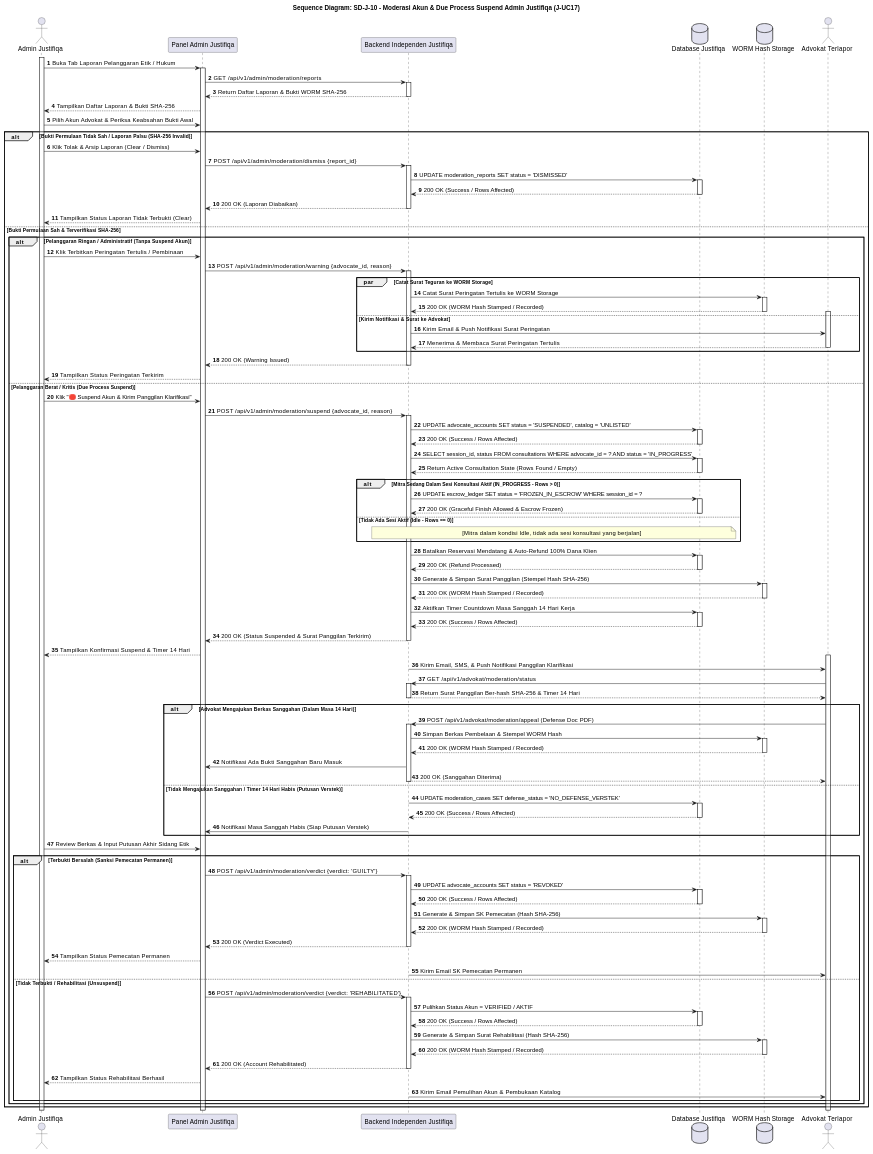
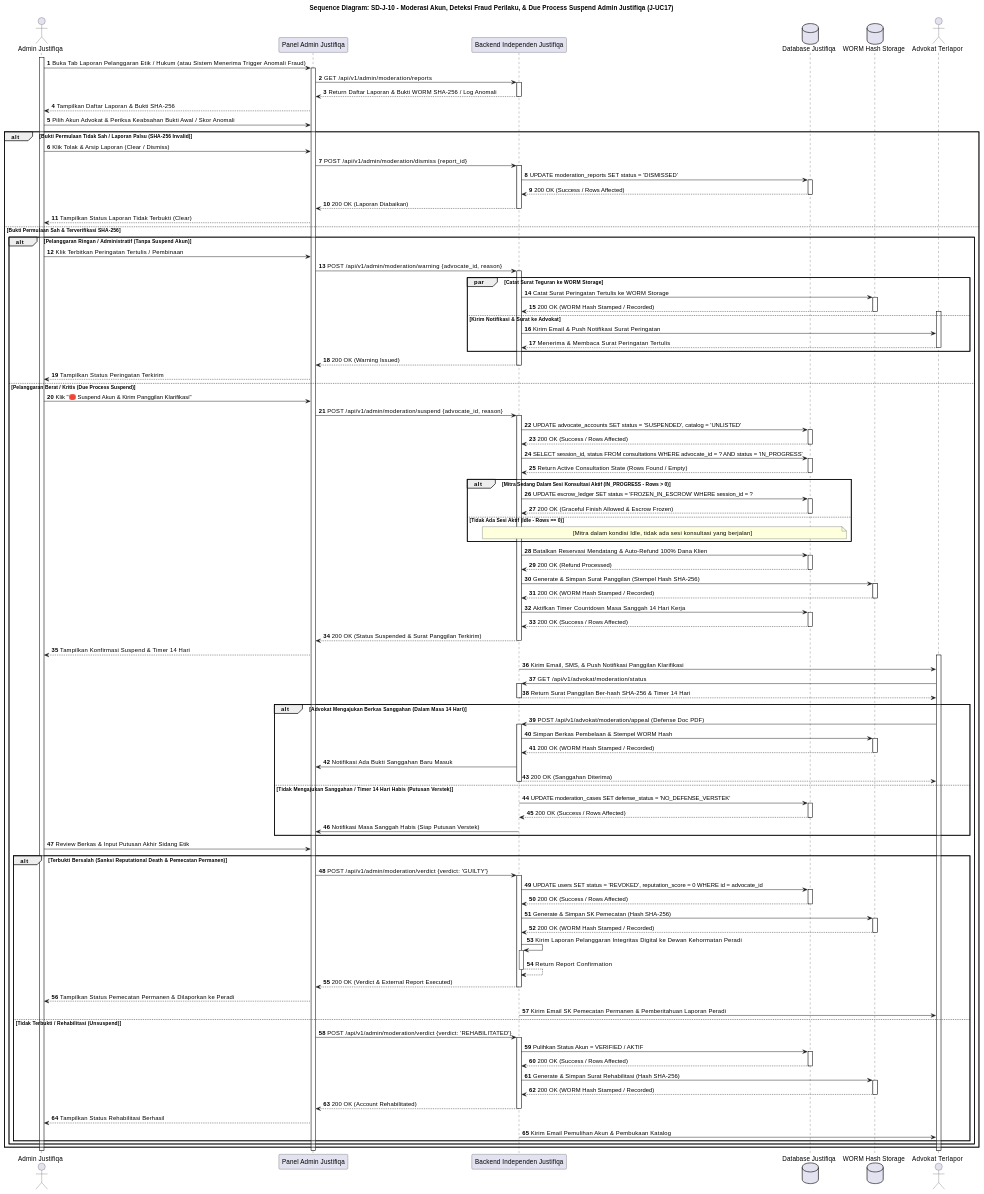
The tenth of 28 diagrams in MarkDown/plantuml_sequence_diagrams.md (tupperwureism/SuperApp-Gagal), drawn with PlantUML before and after one commit. The commit also changed other lines of this file and 1 other file, not shown here.

Commit message:
docs(uml): integrate Asynchronous Deliverable Thread, 3-Layer Profile/Media DLP, and Behavioral Fraud/Reputational Death into AD/SD J-03, J-06, J-09, and J-10

````diff
--- a/MarkDown/plantuml_sequence_diagrams.md
+++ b/MarkDown/plantuml_sequence_diagrams.md
@@ -747,6 +796,6 @@
 ```plantuml
 @startuml
-title Sequence Diagram: SD-J-10 - Moderasi Akun & Due Process Suspend Admin Justifiqa (J-UC17)
+title Sequence Diagram: SD-J-10 - Moderasi Akun, Deteksi Fraud Perilaku, & Due Process Suspend Admin Justifiqa (J-UC17)
 autonumber
 actor "Admin Justifiqa" as Admin
 participant "Panel Admin Justifiqa" as FE
@@ -756,11 +805,11 @@
 actor "Advokat Terlapor" as Mitra
 
 activate Admin
-Admin -> FE ++ : Buka Tab Laporan Pelanggaran Etik / Hukum
+Admin -> FE ++ : Buka Tab Laporan Pelanggaran Etik / Hukum (atau Sistem Menerima Trigger Anomali Fraud)
 FE -> BE ++ : GET /api/v1/admin/moderation/reports
-BE --> FE -- : Return Daftar Laporan & Bukti WORM SHA-256
+BE --> FE -- : Return Daftar Laporan & Bukti WORM SHA-256 / Log Anomali
 FE --> Admin : Tampilkan Daftar Laporan & Bukti SHA-256
-Admin -> FE : Pilih Akun Advokat & Periksa Keabsahan Bukti Awal
+Admin -> FE : Pilih Akun Advokat & Periksa Keabsahan Bukti Awal / Skor Anomali
 
 alt Bukti Permulaan Tidak Sah / Laporan Palsu (SHA-256 Invalid)
     Admin -> FE : Klik Tolak & Arsip Laporan (Clear / Dismiss)
@@ -824,15 +873,17 @@
         end
         
         Admin -> FE : Review Berkas & Input Putusan Akhir Sidang Etik
-        alt Terbukti Bersalah (Sanksi Pemecatan Permanen)
+        alt Terbukti Bersalah (Sanksi Reputational Death & Pemecatan Permanen)
             FE -> BE ++ : POST /api/v1/admin/moderation/verdict {verdict: 'GUILTY'}
-            BE -> DB ++ : UPDATE advocate_accounts SET status = 'REVOKED'
+            BE -> DB ++ : UPDATE users SET status = 'REVOKED', reputation_score = 0 WHERE id = advocate_id
             DB --> BE -- : 200 OK (Success / Rows Affected)
             BE -> WORM ++ : Generate & Simpan SK Pemecatan (Hash SHA-256)
             WORM --> BE -- : 200 OK (WORM Hash Stamped / Recorded)
-            BE --> FE -- : 200 OK (Verdict Executed)
-            FE --> Admin : Tampilkan Status Pemecatan Permanen
-            BE -> Mitra : Kirim Email SK Pemecatan Permanen
+            BE -> BE ++ : Kirim Laporan Pelanggaran Integritas Digital ke Dewan Kehormatan Peradi
+            BE --> BE -- : Return Report Confirmation
+            BE --> FE -- : 200 OK (Verdict & External Report Executed)
+            FE --> Admin : Tampilkan Status Pemecatan Permanen & Dilaporkan ke Peradi
+            BE -> Mitra : Kirim Email SK Pemecatan Permanen & Pemberitahuan Laporan Peradi
         else Tidak Terbukti / Rehabilitasi (Unsuspend)
             FE -> BE ++ : POST /api/v1/admin/moderation/verdict {verdict: 'REHABILITATED'}
             BE -> DB ++ : Pulihkan Status Akun = VERIFIED / AKTIF
````
